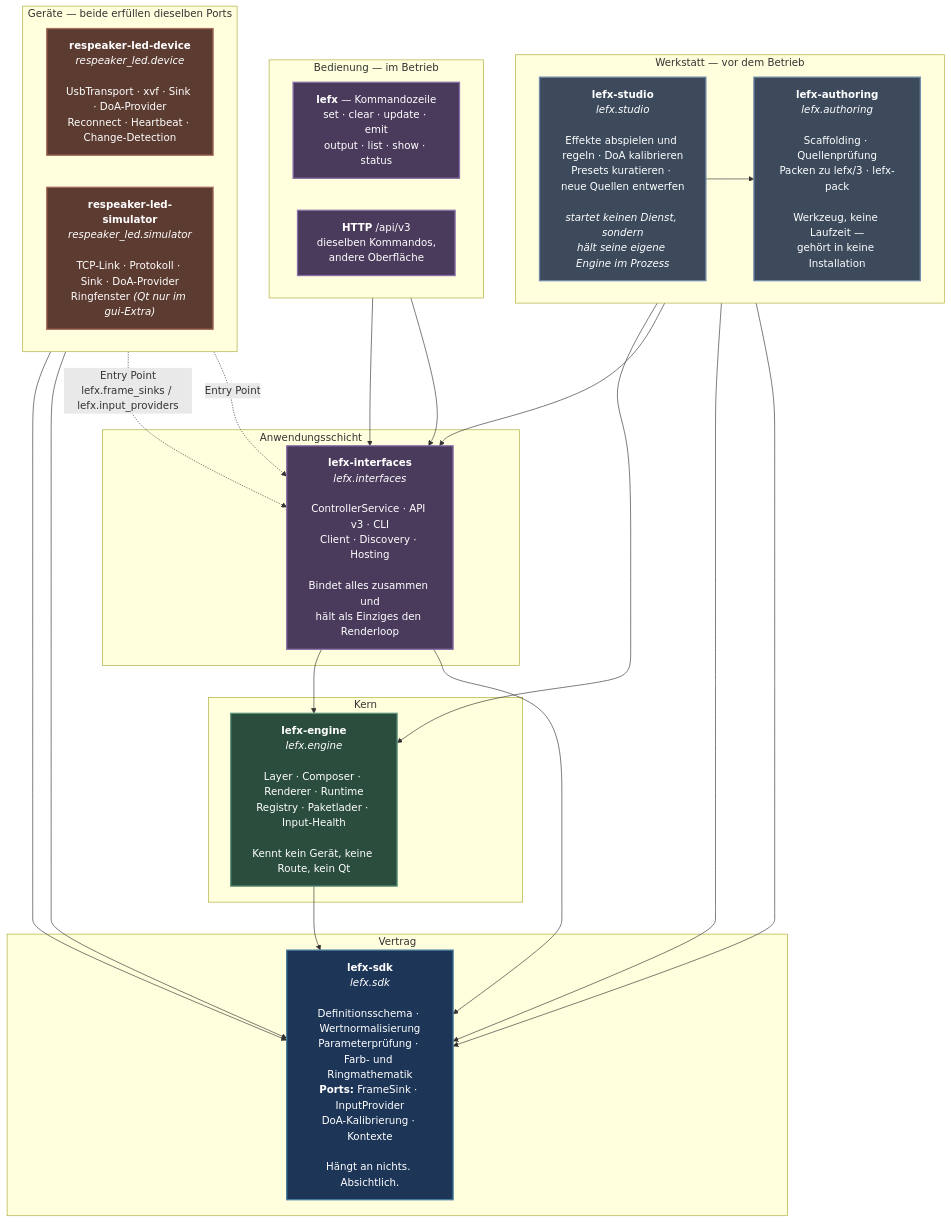
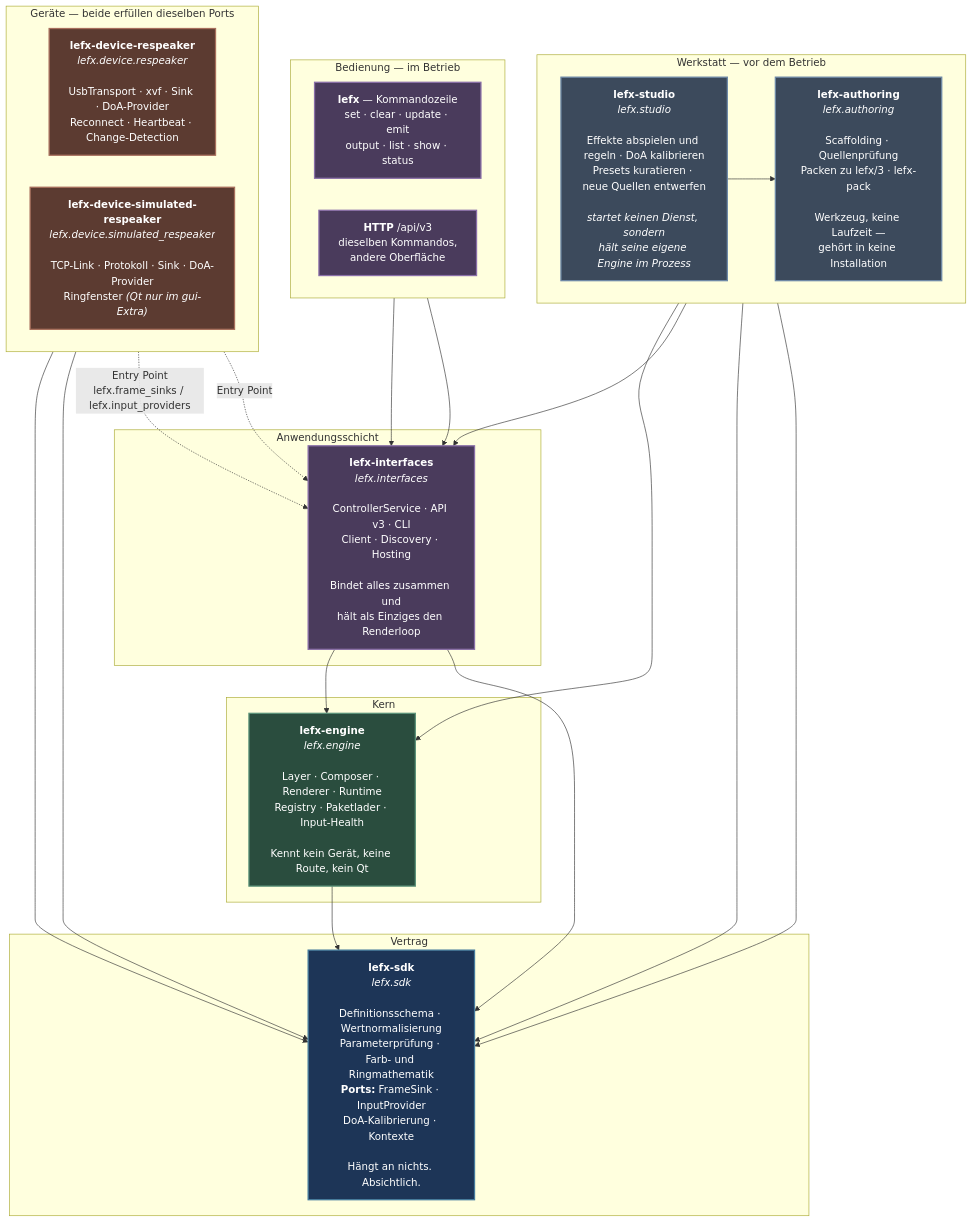
One commit to marcosudau-vps/led_controller_respeaker-v3 changed the first of 5 diagrams in docs/index.md. Above: the diagram before and after it, drawn with Mermaid. The commit also changed other lines of this file and 45 other files, not shown here.

````diff
--- a/docs/index.md
+++ b/docs/index.md
@@ -12,62 +12,62 @@
 ```mermaid
 flowchart TB
     classDef contract fill:#1d3557,stroke:#457b9d,color:#fff,stroke-width:2px
     classDef core fill:#2a4d3e,stroke:#5b9279,color:#fff,stroke-width:2px
     classDef app fill:#4a3b5c,stroke:#8a6fa8,color:#fff,stroke-width:2px
     classDef device fill:#5c3b31,stroke:#a86f5c,color:#fff,stroke-width:2px
     classDef tool fill:#3c4a5c,stroke:#6f8aa8,color:#fff,stroke-width:2px
 
     subgraph BEDIENUNG["Bedienung — im Betrieb"]
         direction LR
         CLI["<b>lefx</b> — Kommandozeile<br/>set · clear · update · emit<br/>output · list · show · status"]
         REST["<b>HTTP</b> /api/v3<br/>dieselben Kommandos,<br/>andere Oberfläche"]
     end
 
     subgraph ANWENDUNG["Anwendungsschicht"]
         IFACE["<b>lefx-interfaces</b><br/><i>lefx.interfaces</i><br/><br/>ControllerService · API v3 · CLI<br/>Client · Discovery · Hosting<br/><br/>Bindet alles zusammen und<br/>hält als Einziges den Renderloop"]
     end
 
     subgraph WERKZEUG["Werkstatt — vor dem Betrieb"]
         direction LR
         GUI["<b>lefx-studio</b><br/><i>lefx.studio</i><br/><br/>Effekte abspielen und regeln · DoA kalibrieren<br/>Presets kuratieren · neue Quellen entwerfen<br/><br/><i>startet keinen Dienst, sondern<br/>hält seine eigene Engine im Prozess</i>"]
         AUTH["<b>lefx-authoring</b><br/><i>lefx.authoring</i><br/><br/>Scaffolding · Quellenprüfung<br/>Packen zu lefx/3 · lefx-pack<br/><br/>Werkzeug, keine Laufzeit —<br/>gehört in keine Installation"]
     end
 
     subgraph KERN["Kern"]
         ENGINE["<b>lefx-engine</b><br/><i>lefx.engine</i><br/><br/>Layer · Composer · Renderer · Runtime<br/>Registry · Paketlader · Input-Health<br/><br/>Kennt kein Gerät, keine Route, kein Qt"]
     end
 
     subgraph VERTRAG["Vertrag"]
         SDK["<b>lefx-sdk</b><br/><i>lefx.sdk</i><br/><br/>Definitionsschema · Wertnormalisierung<br/>Parameterprüfung · Farb- und Ringmathematik<br/><b>Ports:</b> FrameSink · InputProvider<br/>DoA-Kalibrierung · Kontexte<br/><br/>Hängt an nichts. Absichtlich."]
     end
 
     subgraph GERAETE["Geräte — beide erfüllen dieselben Ports"]
         direction LR
-        DEV["<b>respeaker-led-device</b><br/><i>respeaker_led.device</i><br/><br/>UsbTransport · xvf · Sink · DoA-Provider<br/>Reconnect · Heartbeat · Change-Detection"]
-        SIM["<b>respeaker-led-simulator</b><br/><i>respeaker_led.simulator</i><br/><br/>TCP-Link · Protokoll · Sink · DoA-Provider<br/>Ringfenster <i>(Qt nur im gui-Extra)</i>"]
+        DEV["<b>lefx-device-respeaker</b><br/><i>lefx.device.respeaker</i><br/><br/>UsbTransport · xvf · Sink · DoA-Provider<br/>Reconnect · Heartbeat · Change-Detection"]
+        SIM["<b>lefx-device-simulated-respeaker</b><br/><i>lefx.device.simulated_respeaker</i><br/><br/>TCP-Link · Protokoll · Sink · DoA-Provider<br/>Ringfenster <i>(Qt nur im gui-Extra)</i>"]
     end
 
     CLI --> IFACE
     REST --> IFACE
 
     IFACE --> ENGINE
     AUTH --> ENGINE
     GUI --> AUTH
     GUI --> IFACE
     ENGINE --> SDK
     IFACE --> SDK
     AUTH --> SDK
     GUI --> SDK
 
     DEV --> SDK
     SIM --> SDK
 
     DEV -.->|"Entry Point<br/>lefx.frame_sinks / lefx.input_providers"| IFACE
     SIM -.->|"Entry Point"| IFACE
 
     class SDK contract
     class ENGINE core
     class IFACE,CLI,REST app
     class GUI,AUTH tool
     class DEV,SIM device
 ```
````
